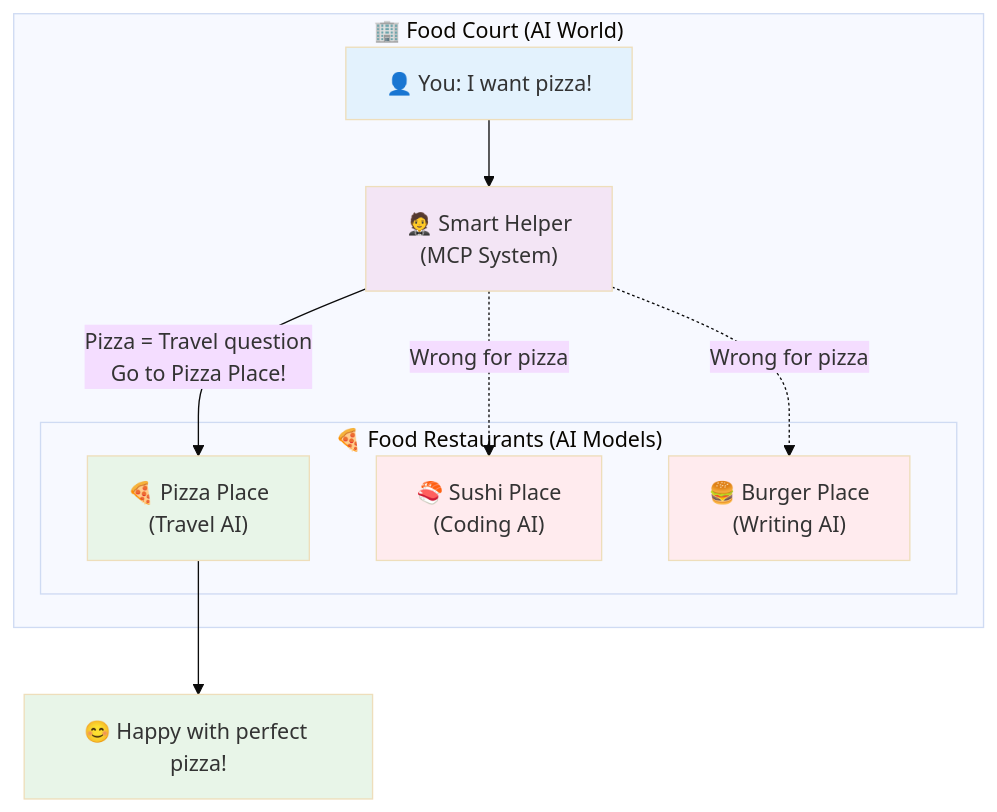
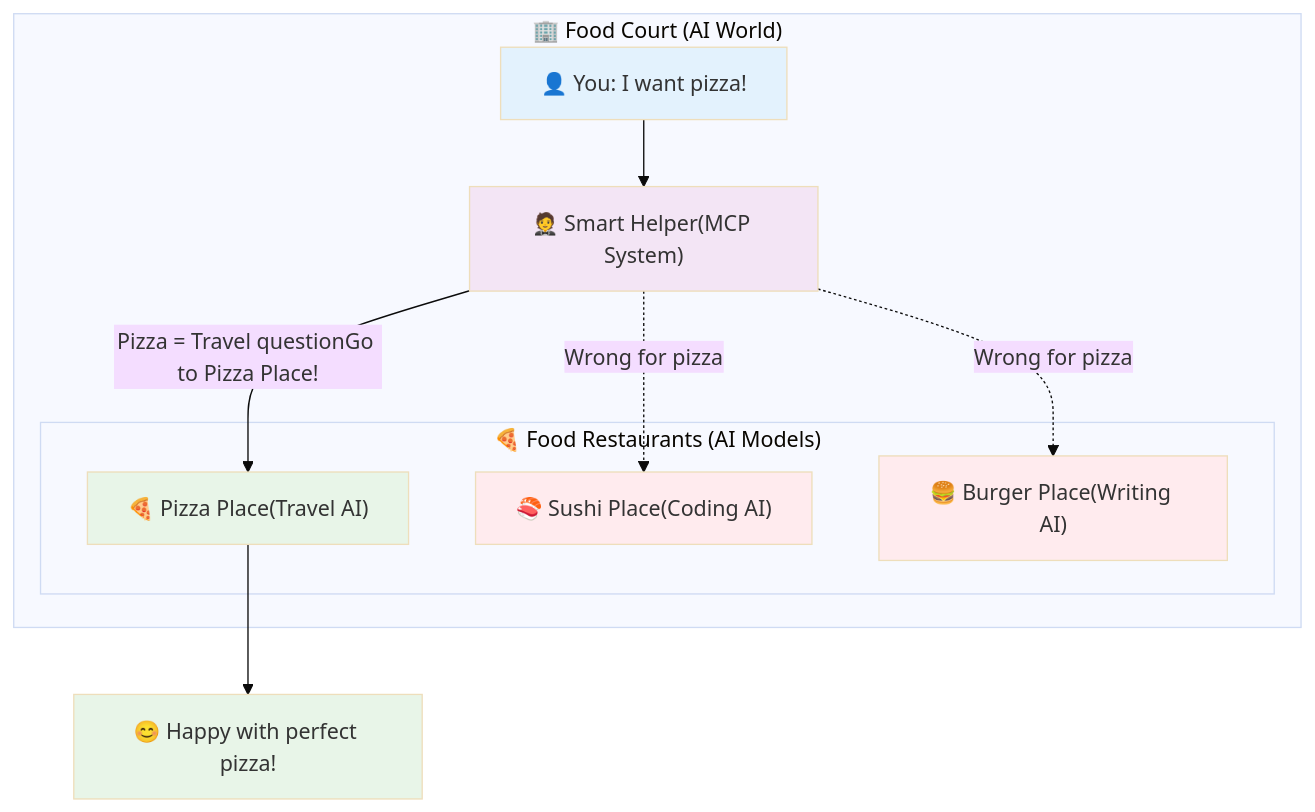
One commit to manikcloud/build-your-own-ai-assistant changed the fourth of 11 diagrams in MCP-Theory-Guide.md. Above: the diagram before and after it, drawn with Mermaid (base theme). The commit also changed other lines of this file and 1 other file, not shown here.

First line of the commit message:
Remove all <br/> tags from Mermaid diagrams

````diff
--- a/MCP-Theory-Guide.md
+++ b/MCP-Theory-Guide.md
@@ -118,26 +118,26 @@
 ```mermaid
 graph TD
     subgraph "🏢 Food Court (AI World)"
         A["👤 You: I want pizza!"]
-        B["🤵 Smart Helper<br/>(MCP System)"]
+        B["🤵 Smart Helper(MCP System)"]
         
         subgraph "🍕 Food Restaurants (AI Models)"
-            C["🍕 Pizza Place<br/>(Travel AI)"]
-            D["🍣 Sushi Place<br/>(Coding AI)"]
-            E["🍔 Burger Place<br/>(Writing AI)"]
+            C["🍕 Pizza Place(Travel AI)"]
+            D["🍣 Sushi Place(Coding AI)"]
+            E["🍔 Burger Place(Writing AI)"]
         end
     end
     
     A --> B
-    B -->|"Pizza = Travel question<br/>Go to Pizza Place!"| C
+    B -->|"Pizza = Travel questionGo to Pizza Place!"| C
     B -.->|"Wrong for pizza"| D
     B -.->|"Wrong for pizza"| E
     C --> F["😊 Happy with perfect pizza!"]
     
     style A fill:#e3f2fd
     style B fill:#f3e5f5
     style C fill:#e8f5e8
     style D fill:#ffebee
     style E fill:#ffebee
     style F fill:#e8f5e8
 ```
````
